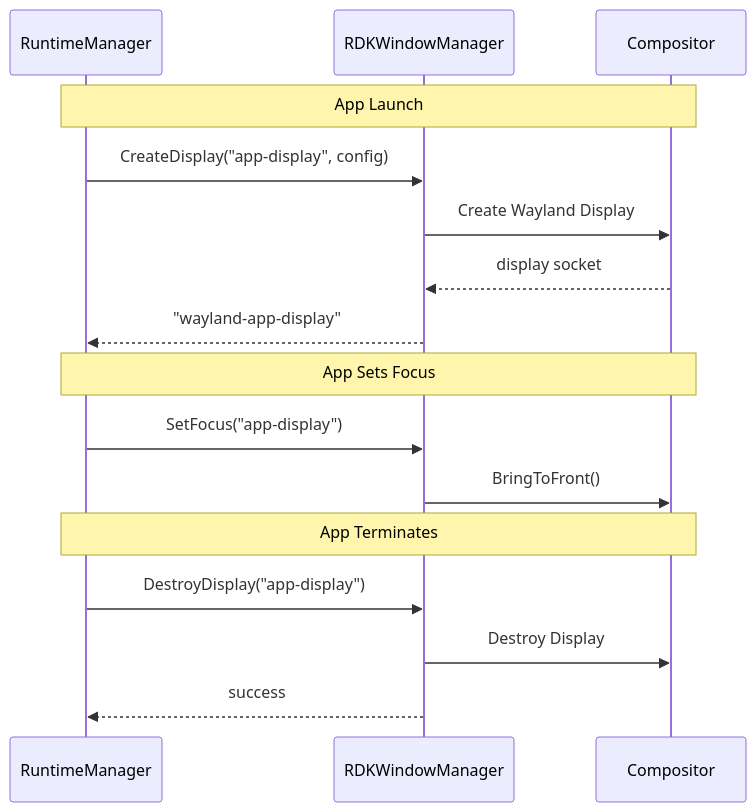
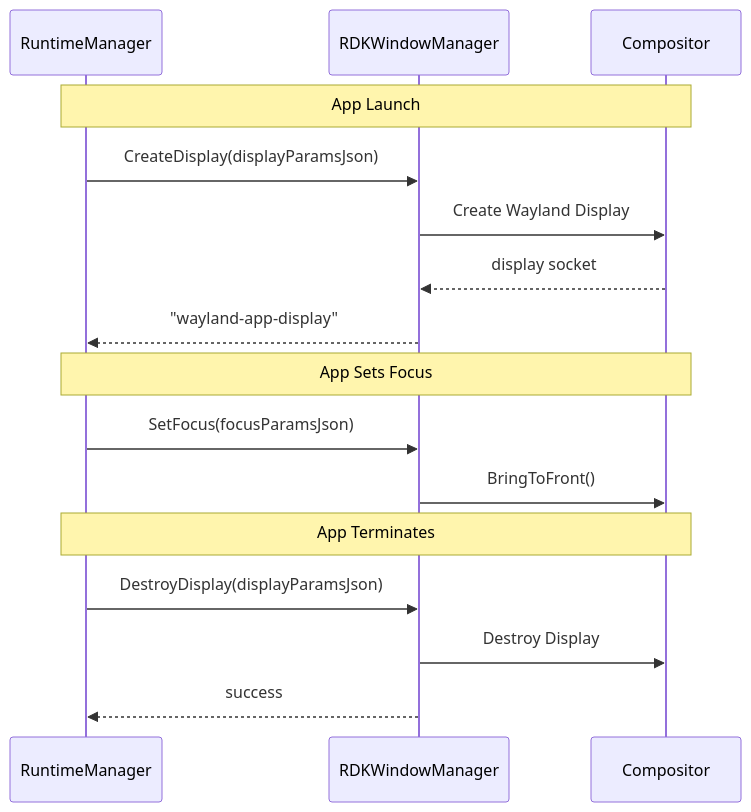
Before and after one commit to rdkcentral/entservices-appmanagers: the third of 4 diagrams in RDKWindowManager/RDKWindowManager.md, drawn with Mermaid. The commit also changed other lines of this file, not shown here.

````diff
--- a/RDKWindowManager/RDKWindowManager.md
+++ b/RDKWindowManager/RDKWindowManager.md
@@ -135,21 +135,21 @@
 ```mermaid
 sequenceDiagram
     participant RTM as RuntimeManager
     participant WM as RDKWindowManager
     participant Compositor
 
     Note over RTM,Compositor: App Launch
-    RTM->>WM: CreateDisplay("app-display", config)
+    RTM->>WM: CreateDisplay(displayParamsJson)
     WM->>Compositor: Create Wayland Display
     Compositor-->>WM: display socket
     WM-->>RTM: "wayland-app-display"
 
     Note over RTM,Compositor: App Sets Focus
-    RTM->>WM: SetFocus("app-display")
+    RTM->>WM: SetFocus(focusParamsJson)
     WM->>Compositor: BringToFront()
 
     Note over RTM,Compositor: App Terminates
-    RTM->>WM: DestroyDisplay("app-display")
+    RTM->>WM: DestroyDisplay(displayParamsJson)
     WM->>Compositor: Destroy Display
     WM-->>RTM: success
 ```
````
